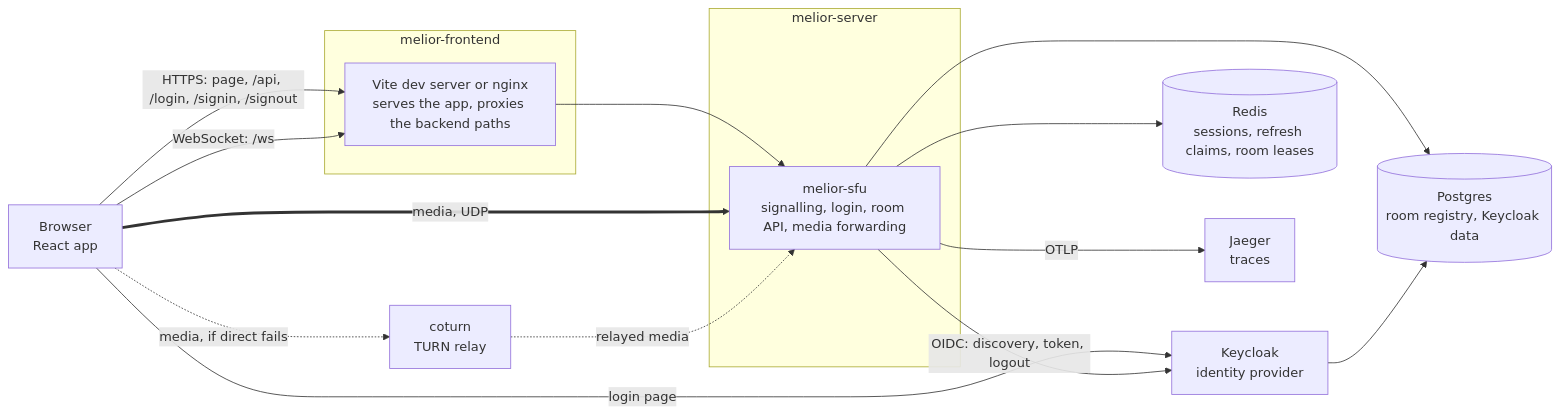
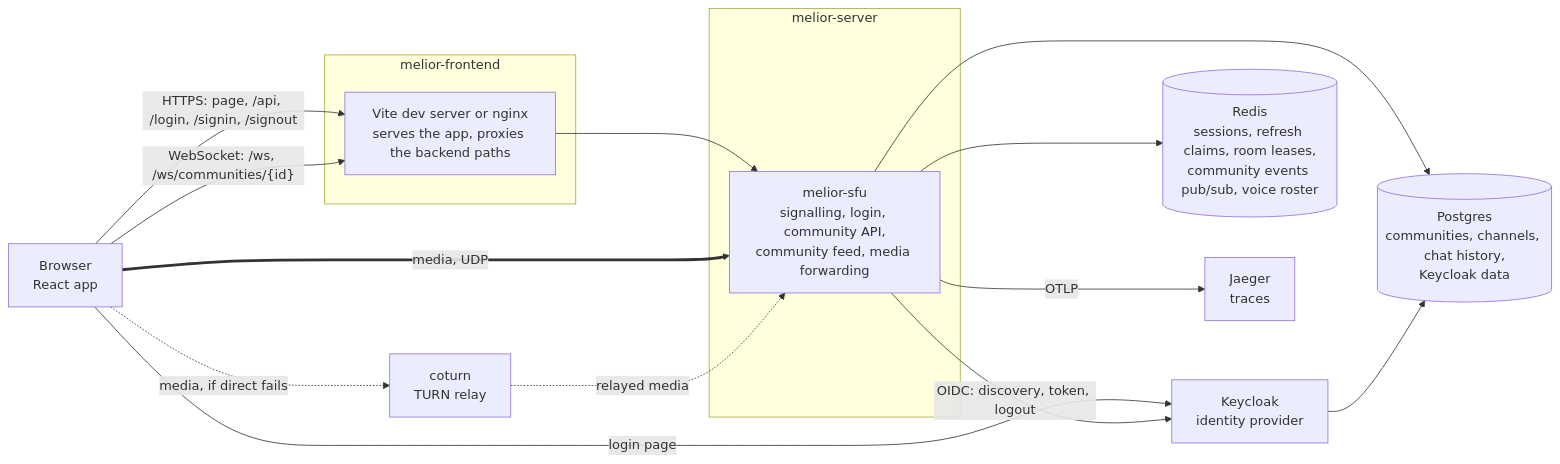
Before and after one commit to Jonohas/melior: the first of 18 diagrams in docs/architecture.md, drawn with Mermaid. The commit also changed other lines of this file and 2 other files, not shown here.

Commit message:
Document communities, permissions and voice presence

````diff
--- a/docs/architecture.md
+++ b/docs/architecture.md
@@ -28,32 +29,32 @@
 ```mermaid
 flowchart LR
     browser["Browser<br/>React app"]
 
     subgraph frontend["melior-frontend"]
         proxy["Vite dev server or nginx<br/>serves the app, proxies the backend paths"]
     end
 
     subgraph server["melior-server"]
-        sfu["melior-sfu<br/>signalling, login, room API, media forwarding"]
+        sfu["melior-sfu<br/>signalling, login, community API,<br/>community feed, media forwarding"]
     end
 
     keycloak["Keycloak<br/>identity provider"]
-    redis[("Redis<br/>sessions, refresh claims, room leases")]
-    postgres[("Postgres<br/>room registry, Keycloak data")]
+    redis[("Redis<br/>sessions, refresh claims, room leases,<br/>community events pub/sub, voice roster")]
+    postgres[("Postgres<br/>communities, channels, chat history,<br/>Keycloak data")]
     coturn["coturn<br/>TURN relay"]
     jaeger["Jaeger<br/>traces"]
 
     browser -- "HTTPS: page, /api, /login, /signin, /signout" --> proxy
-    browser -- "WebSocket: /ws" --> proxy
+    browser -- "WebSocket: /ws, /ws/communities/{id}" --> proxy
     proxy --> sfu
     browser -- "login page" --> keycloak
     browser == "media, UDP" ==> sfu
     browser -. "media, if direct fails" .-> coturn
     coturn -. "relayed media" .-> sfu
 
     sfu -- "OIDC: discovery, token, logout" --> keycloak
     sfu --> redis
     sfu --> postgres
     sfu -- "OTLP" --> jaeger
     keycloak --> postgres
 ```
````
